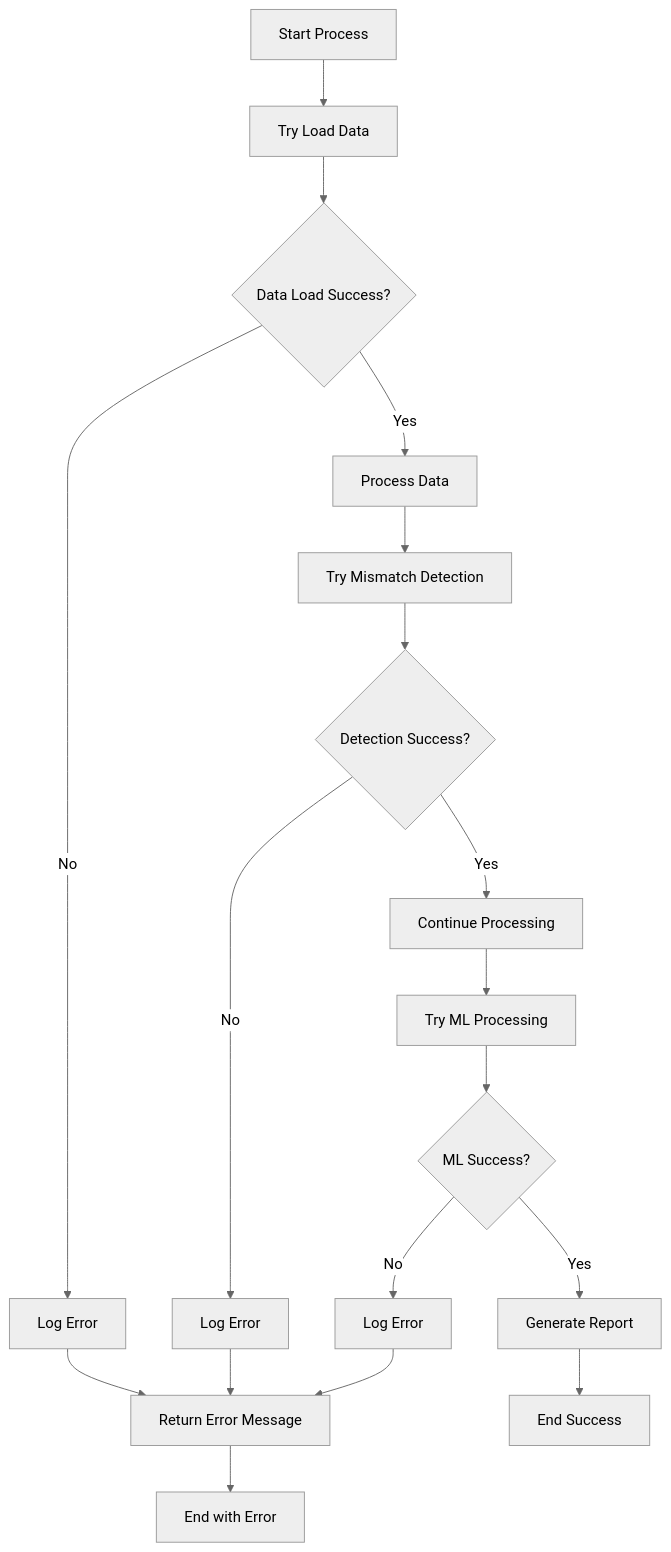
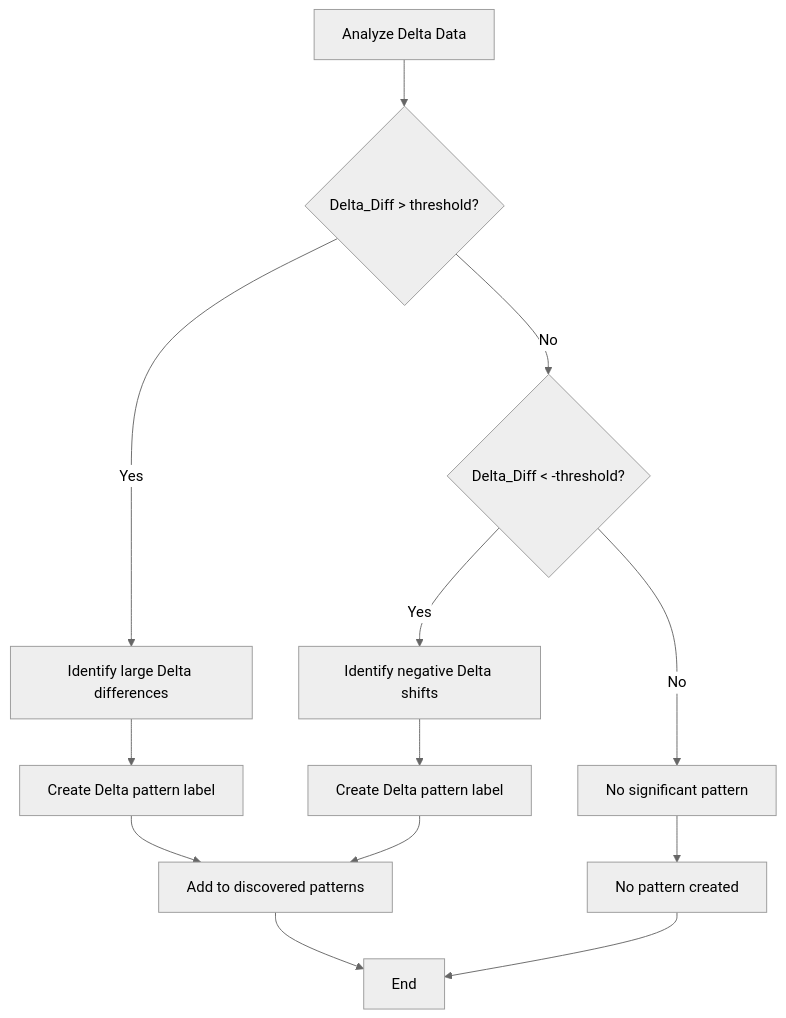
One commit to ksmadhavareddy/recon-ai changed diagram 12 of 30 in docs/DIAGRAMS.md. Above: the diagram before and after it, drawn with Mermaid (neutral theme). The commit also changed other lines of this file and 14 other files, not shown here.

````diff
--- a/docs/DIAGRAMS.md
+++ b/docs/DIAGRAMS.md
@@ -337,20 +323,17 @@
 ```mermaid
-flowchart TD
-    A[Start Process] --> B[Try Load Data]
-    B --> C{Data Load Success?}
-    C -->|Yes| D[Process Data]
-    C -->|No| E[Log Error]
-    E --> F[Return Error Message]
-    D --> G[Try Mismatch Detection]
-    G --> H{Detection Success?}
-    H -->|Yes| I[Continue Processing]
-    H -->|No| J[Log Error]
-    J --> F
-    I --> K[Try ML Processing]
-    K --> L{ML Success?}
-    L -->|Yes| M[Generate Report]
-    L -->|No| N[Log Error]
-    N --> F
-    M --> O[End Success]
-    F --> P[End with Error]
+graph TD
+    A[Analyze Delta Data] --> B{Delta_Diff > threshold?}
+    B -->|Yes| C[Identify large Delta differences]
+    B -->|No| D{Delta_Diff < -threshold?}
+    D -->|Yes| E[Identify negative Delta shifts]
+    D -->|No| F[No significant pattern]
+    
+    C --> G[Create Delta pattern label]
+    E --> H[Create Delta pattern label]
+    F --> I[No pattern created]
+    
+    G --> J[Add to discovered patterns]
+    H --> J
+    I --> K[End]
+    J --> K
 ```
````
